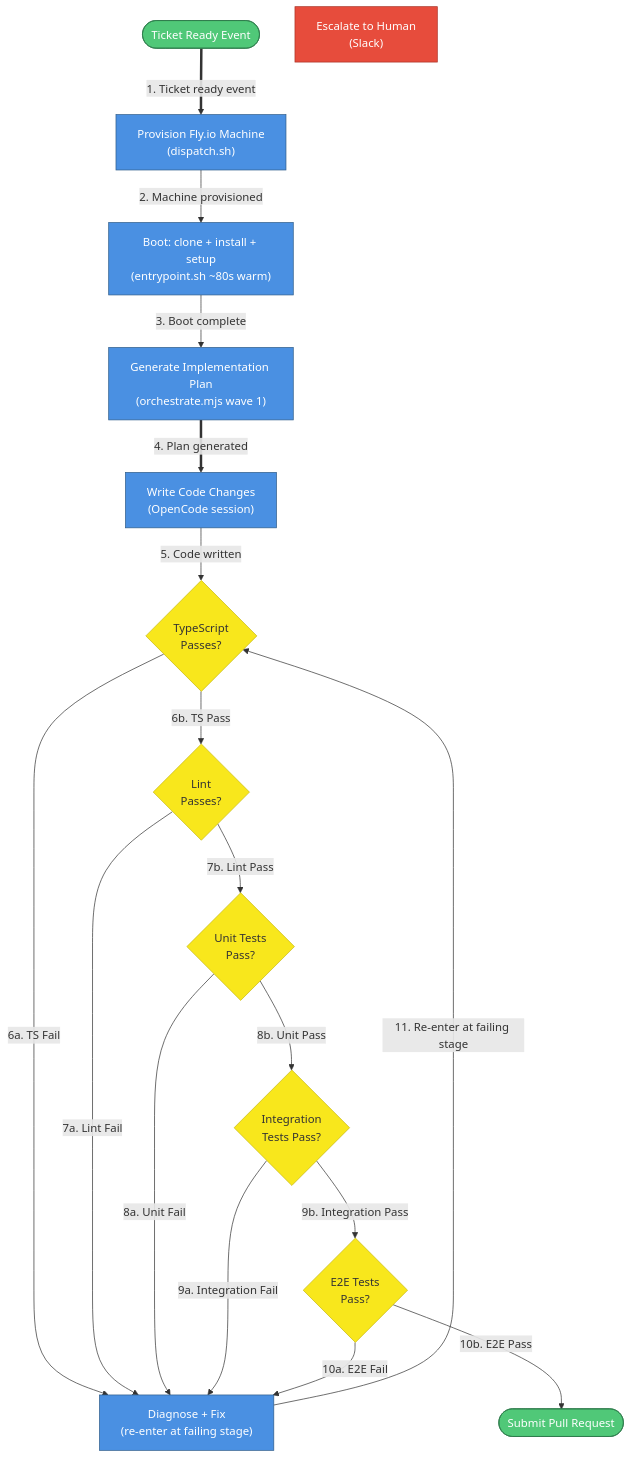
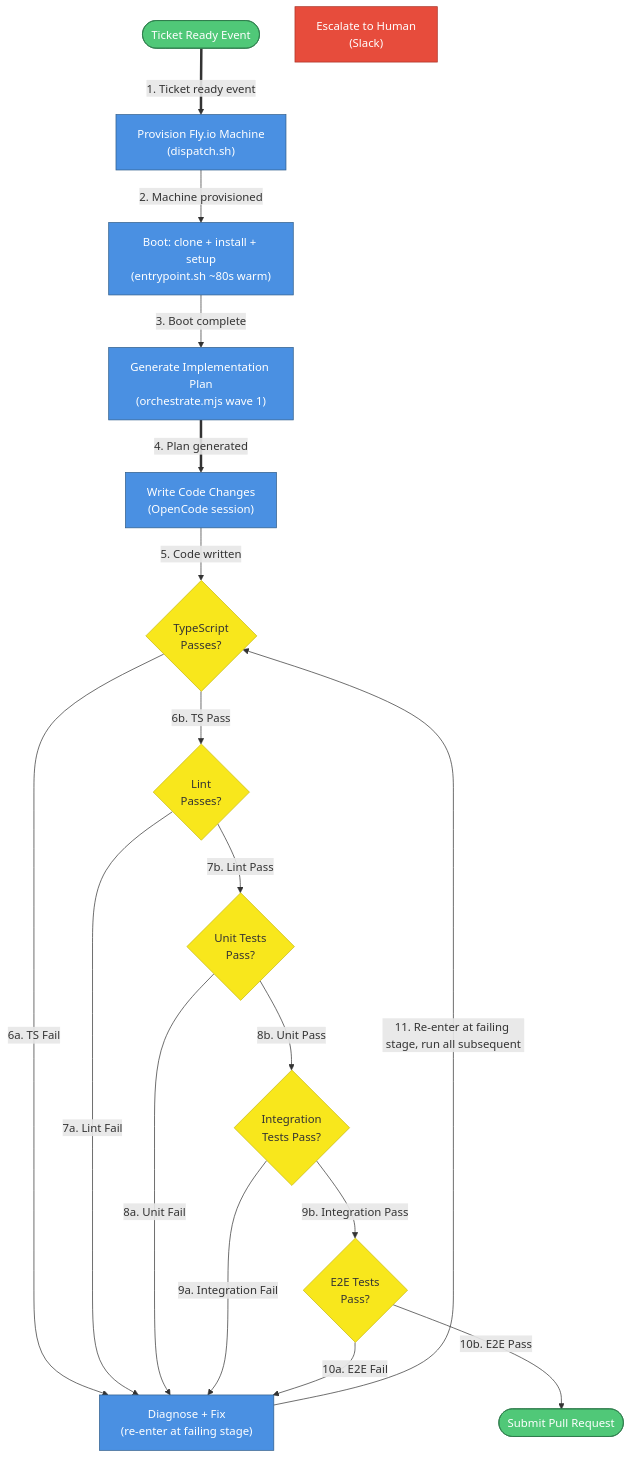
Before and after one commit to viiqswim/dozaldevs-ai-employee: the eighth of 16 diagrams in docs/2026-03-22-2317-ai-employee-architecture.md, drawn with Mermaid. The commit also changed other lines of this file, not shown here.

Commit message:
docs(architecture): clarify fix loop — re-run all stages from fix point, add global cap

````diff
--- a/docs/2026-03-22-2317-ai-employee-architecture.md
+++ b/docs/2026-03-22-2317-ai-employee-architecture.md
@@ -845,38 +845,38 @@
 ```mermaid
 flowchart TD
     PICKUP(["Ticket Ready Event"]):::event
     PROVISION["Provision Fly.io Machine\n(dispatch.sh)"]:::service
     BOOT["Boot: clone + install + setup\n(entrypoint.sh ~80s warm)"]:::service
     PLAN["Generate Implementation Plan\n(orchestrate.mjs wave 1)"]:::service
     CODE["Write Code Changes\n(OpenCode session)"]:::service
     TYPECHECK{"TypeScript\nPasses?"}:::decision
     LINT{"Lint\nPasses?"}:::decision
     UNIT{"Unit Tests\nPass?"}:::decision
     INTEG{"Integration\nTests Pass?"}:::decision
     E2E{"E2E Tests\nPass?"}:::decision
     FIX["Diagnose + Fix\n(re-enter at failing stage)"]:::service
     PR(["Submit Pull Request"]):::event
     FAIL["Escalate to Human\n(Slack)"]:::error
 
     PICKUP ==>|"1. Ticket ready event"| PROVISION
     PROVISION -->|"2. Machine provisioned"| BOOT
     BOOT -->|"3. Boot complete"| PLAN
     PLAN ==>|"4. Plan generated"| CODE
     CODE -->|"5. Code written"| TYPECHECK
     TYPECHECK -->|"6a. TS Fail"| FIX
     TYPECHECK -->|"6b. TS Pass"| LINT
     LINT -->|"7a. Lint Fail"| FIX
     LINT -->|"7b. Lint Pass"| UNIT
     UNIT -->|"8a. Unit Fail"| FIX
     UNIT -->|"8b. Unit Pass"| INTEG
     INTEG -->|"9a. Integration Fail"| FIX
     INTEG -->|"9b. Integration Pass"| E2E
     E2E -->|"10a. E2E Fail"| FIX
-    FIX -->|"11. Re-enter at failing stage"| TYPECHECK
+    FIX -->|"11. Re-enter at failing stage, run all subsequent"| TYPECHECK
     E2E -->|"10b. E2E Pass"| PR
 
     classDef service fill:#4A90E2,stroke:#2E5C8A,color:#fff
     classDef event fill:#50C878,stroke:#2D7A4A,color:#fff
     classDef decision fill:#F8E71C,stroke:#C7B916,color:#333
     classDef error fill:#E74C3C,stroke:#A93226,color:#fff
 ```
````
